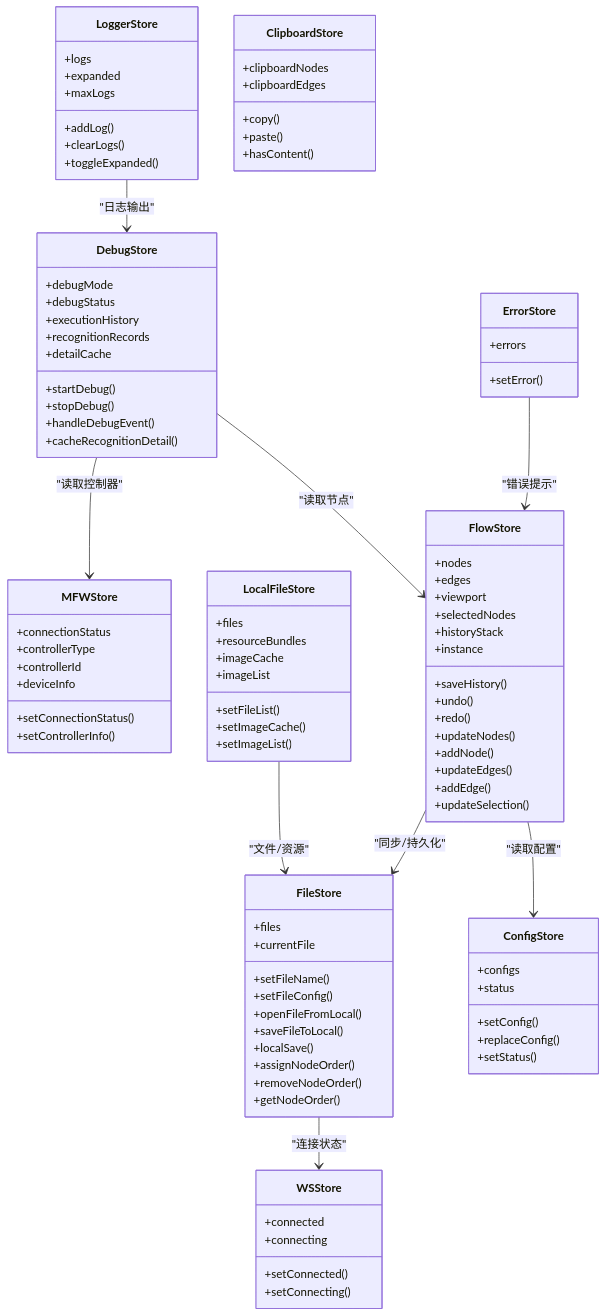
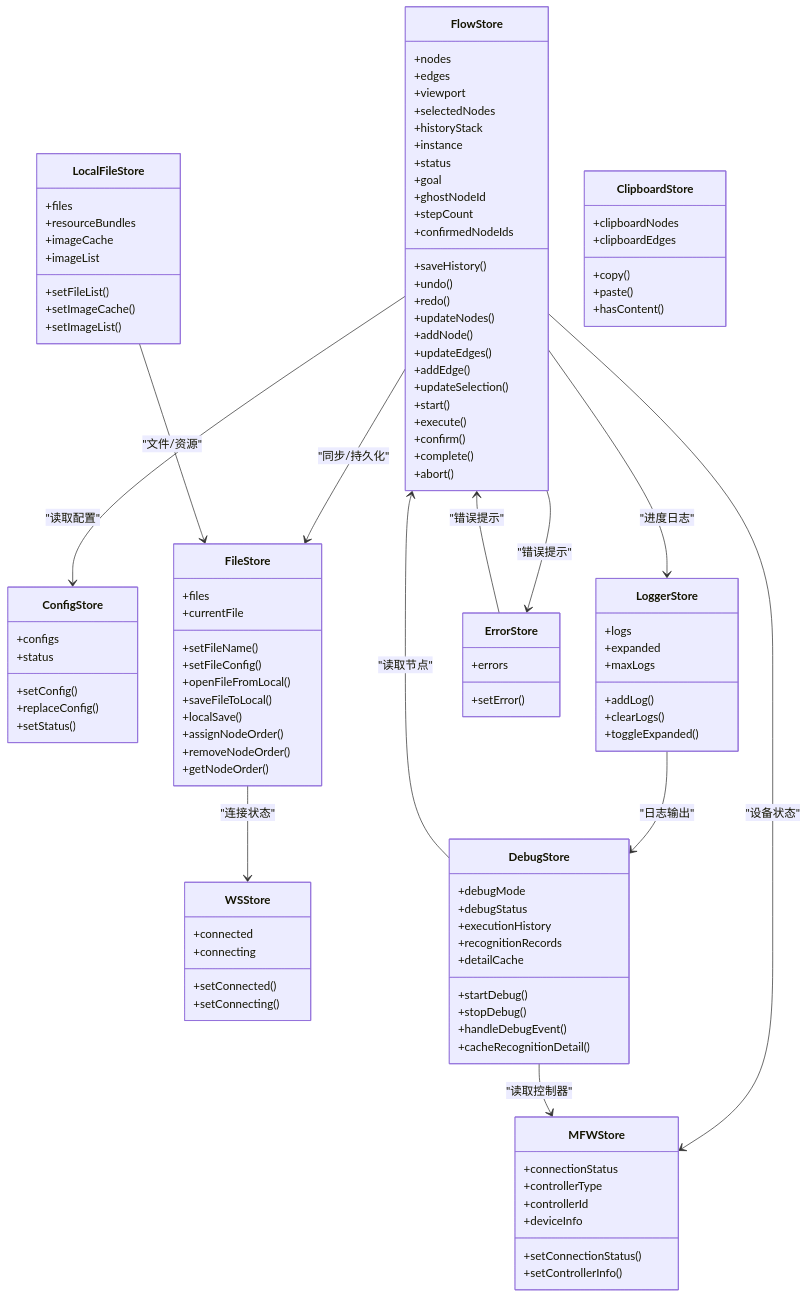
The second of 7 diagrams in .qoder/repowiki/zh/content/开发者指南/代码结构说明/前端架构设计/状态管理系统.md (kqcoxn/MaaPipelineEditor), drawn with Mermaid before and after one commit. The commit also changed other lines of this file and 8 other files, not shown here.

```diff
--- a/.qoder/repowiki/zh/content/开发者指南/代码结构说明/前端架构设计/状态管理系统.md
+++ b/.qoder/repowiki/zh/content/开发者指南/代码结构说明/前端架构设计/状态管理系统.md
@@ -191,6 +195,11 @@
 +selectedNodes
 +historyStack
 +instance
++status
++goal
++ghostNodeId
++stepCount
++confirmedNodeIds
 +saveHistory()
 +undo()
 +redo()
@@ -199,6 +208,11 @@
 +updateEdges()
 +addEdge()
 +updateSelection()
++start()
++execute()
++confirm()
++complete()
++abort()
 }
 class ConfigStore {
 +configs
@@ -274,6 +288,9 @@
 }
 FlowStore --> ConfigStore : "读取配置"
 FlowStore --> FileStore : "同步/持久化"
+FlowStore --> MFWStore : "设备状态"
+FlowStore --> LoggerStore : "进度日志"
+FlowStore --> ErrorStore : "错误提示"
 DebugStore --> FlowStore : "读取节点"
 DebugStore --> MFWStore : "读取控制器"
 FileStore --> WSStore : "连接状态"
```
